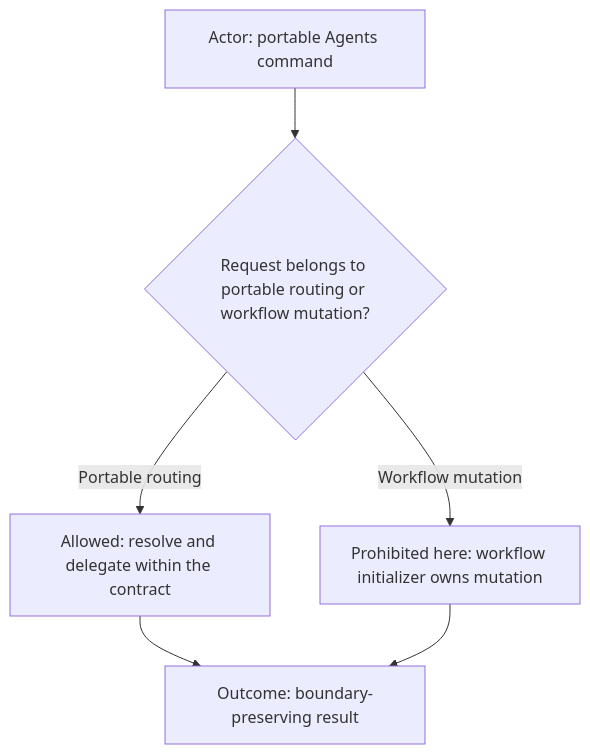
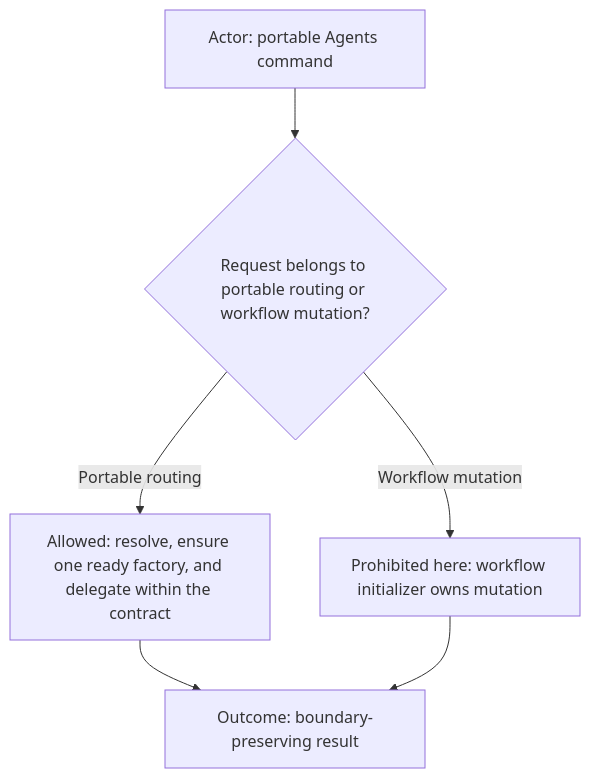
Before and after one commit to starodubtsevconsulting/ai-commands: the ninth of 9 diagrams in agents/agents.command.md, drawn with Mermaid. The commit also changed other lines of this file and 1 other file, not shown here.

Commit message:
refresh public agents contract

````diff
--- a/agents/agents.command.md
+++ b/agents/agents.command.md
@@ -142,9 +213,9 @@
 ```mermaid
 flowchart TD
   Actor["Actor: portable Agents command"]
   Actor --> Decision{"Request belongs to portable routing or workflow mutation?"}
-  Decision -->|Portable routing| Allow["Allowed: resolve and delegate within the contract"]
+  Decision -->|Portable routing| Allow["Allowed: resolve, ensure one ready factory, and delegate within the contract"]
   Decision -->|Workflow mutation| Block["Prohibited here: workflow initializer owns mutation"]
   Allow --> Outcome["Outcome: boundary-preserving result"]
   Block --> Outcome
 ```
````
